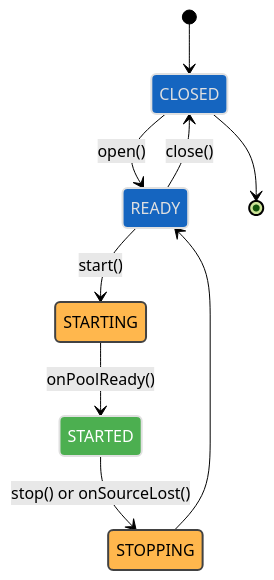
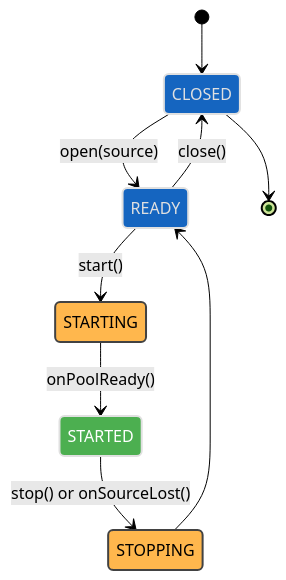
The third of 6 diagrams in videocapture/current/docs/videocapture_interface.md (rdkcentral/rdk-halif-aidl), drawn with Mermaid (forest theme) before and after one commit. The commit also changed other lines of this file and 9 other files, not shown here.

````diff
--- a/videocapture/current/docs/videocapture_interface.md
+++ b/videocapture/current/docs/videocapture_interface.md
@@ -250,19 +250,19 @@
 ```mermaid
 stateDiagram-v2
     [*] --> CLOSED
-    CLOSED --> READY: open()
+    CLOSED --> READY: open(source)
     READY --> STARTING: start()
     STARTING --> STARTED: onPoolReady()
     STARTED --> STOPPING: stop() or onSourceLost()
     STOPPING --> READY
     READY --> CLOSED: close()
     CLOSED --> [*]
 
     classDef settled  fill:#1565C0,stroke:#E0E0E0,stroke-width:2px,color:#E0E0E0;
     classDef transient fill:#FFB74D,stroke:#424242,stroke-width:2px,color:#000000;
     classDef running  fill:#4CAF50,stroke:#E0E0E0,stroke-width:2px,color:#FFFFFF;
 
     class CLOSED,READY settled
     class STARTING,STOPPING transient
     class STARTED running
 ```
````
